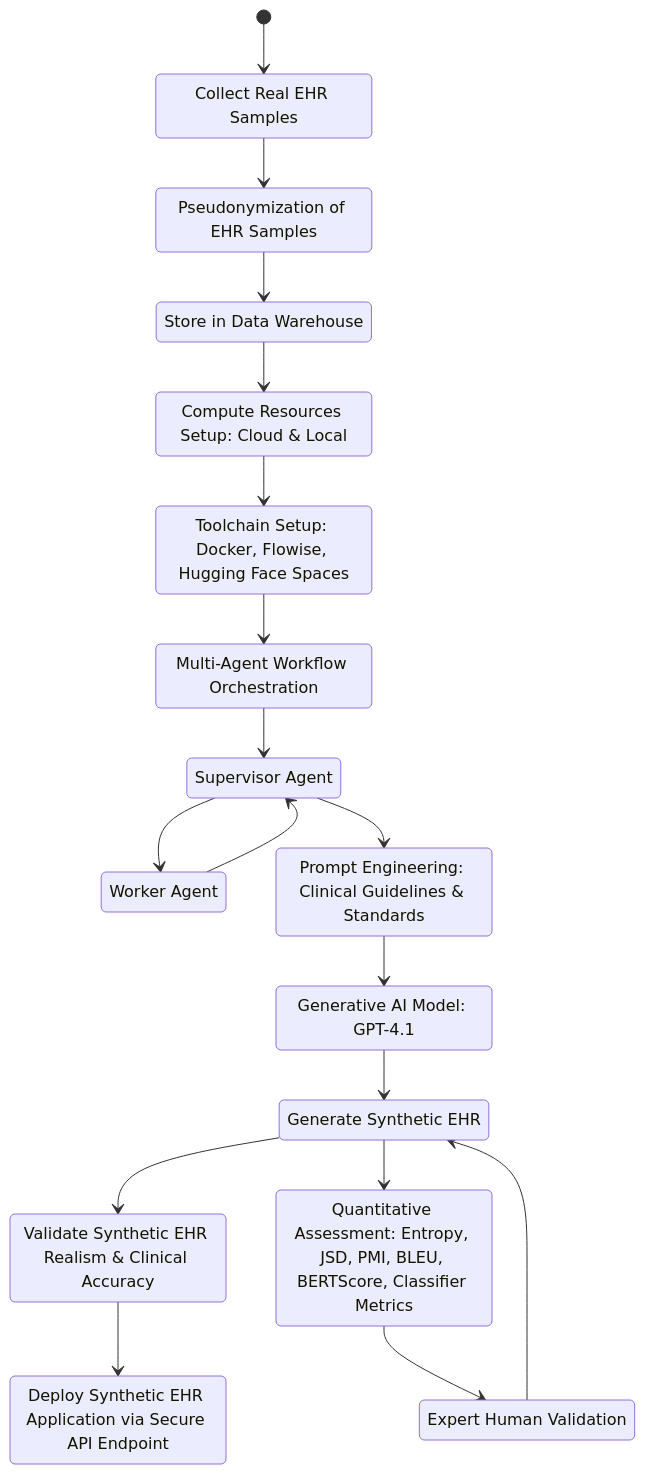
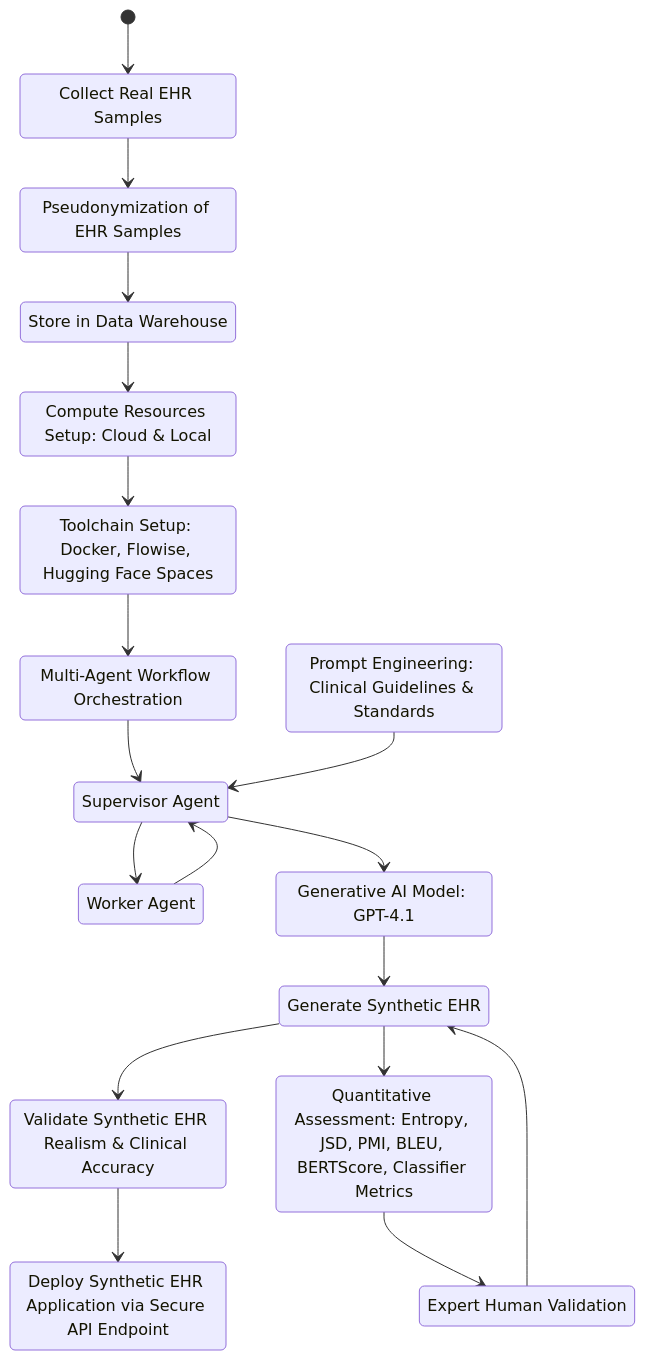
One commit to HR-DataLab-Healthcare/RESEARCH_SUPPORT changed the second of 2 diagrams in PROJECTS/Generative_Agent_based_Data-Synthesis/Readme.md. Above: the diagram before and after it, drawn with Mermaid. The commit also changed other lines of this file, not shown here.

````diff
--- a/PROJECTS/Generative_Agent_based_Data-Synthesis/Readme.md
+++ b/PROJECTS/Generative_Agent_based_Data-Synthesis/Readme.md
@@ -41,43 +41,42 @@
 ```mermaid 
 
 stateDiagram-v2
     [*] --> Collect
     Collect --> Pseudonymize
     Pseudonymize --> Store
     Store --> Compute
     Compute --> Toolchain
     Toolchain --> Orchestrate
     Orchestrate --> Supervisor
     Supervisor --> Worker
-    Supervisor --> Prompt
+    Prompt  --> Supervisor
     Worker  --> Supervisor
-    Prompt --> Model
+    %%Prompt --> Model
+    Supervisor --> Model
     Model --> Generate
     Generate --> Validate
     Validate --> Deploy
 
     %% Iterative Refinement & Evaluation Loop
     Generate --> Quantitative
     Quantitative --> Expert
     Expert --> Generate
 
     %% State labels for clarity
     state "Collect Real EHR Samples" as Collect
     state "Pseudonymization of EHR Samples" as Pseudonymize
     state "Store in Data Warehouse" as Store
     state "Compute Resources Setup: Cloud & Local" as Compute
     state "Toolchain Setup: Docker, Flowise, Hugging Face Spaces" as Toolchain
     state "Multi-Agent Workflow Orchestration" as Orchestrate
     state "Supervisor Agent" as Supervisor
     state "Worker Agent" as Worker
     state "Prompt Engineering: Clinical Guidelines & Standards" as Prompt
     state "Generative AI Model: GPT-4.1" as Model
     state "Generate Synthetic EHR" as Generate
     state "Validate Synthetic EHR Realism & Clinical Accuracy" as Validate
     state "Deploy Synthetic EHR Application via Secure API Endpoint" as Deploy
     state "Quantitative Assessment: Entropy, JSD, PMI, BLEU, BERTScore, Classifier Metrics" as Quantitative
     state "Expert Human Validation" as Expert
 
-
-
   ```
````
